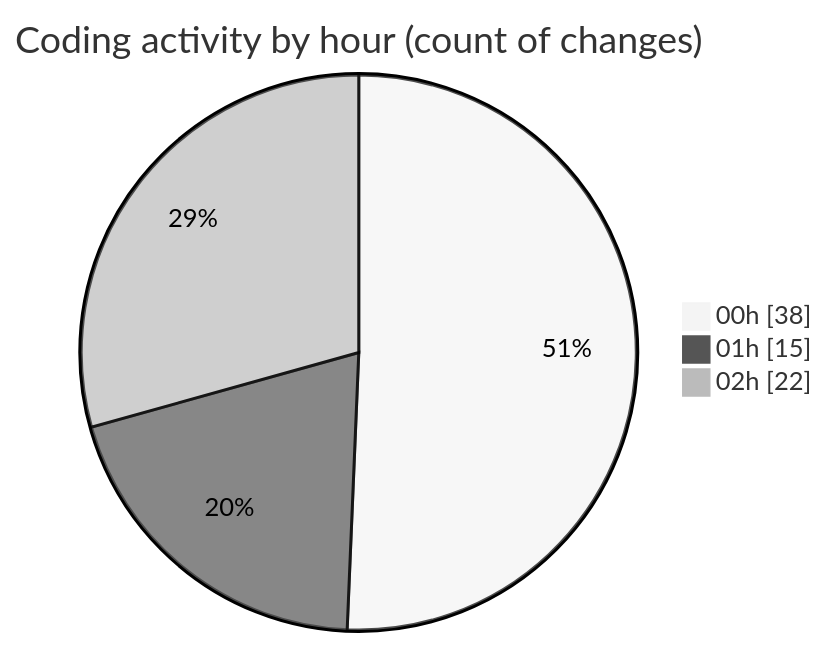
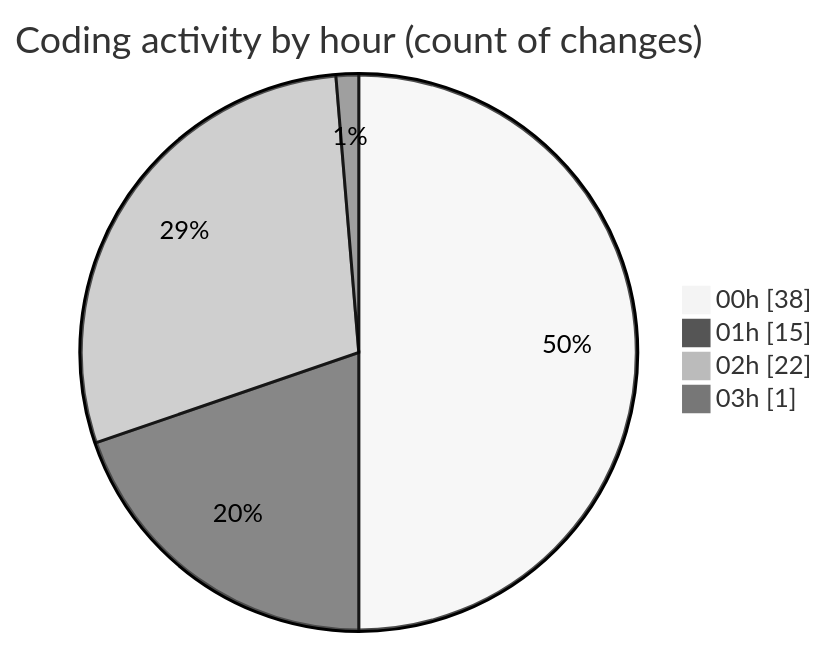
Before and after one commit to donsfak/code-tracking: the second of 2 diagrams in 2025-03-08/uber_clone/README.md, drawn with Mermaid (neutral theme). The commit also changed other lines of this file and 1 other file, not shown here.

````diff
--- a/2025-03-08/uber_clone/README.md
+++ b/2025-03-08/uber_clone/README.md
@@ -34,7 +34,8 @@
 ```mermaid
 pie showData
 title Coding activity by hour (count of changes)
 "00h" : 38
 "01h" : 15
 "02h" : 22
+"03h" : 1
 ```
````
